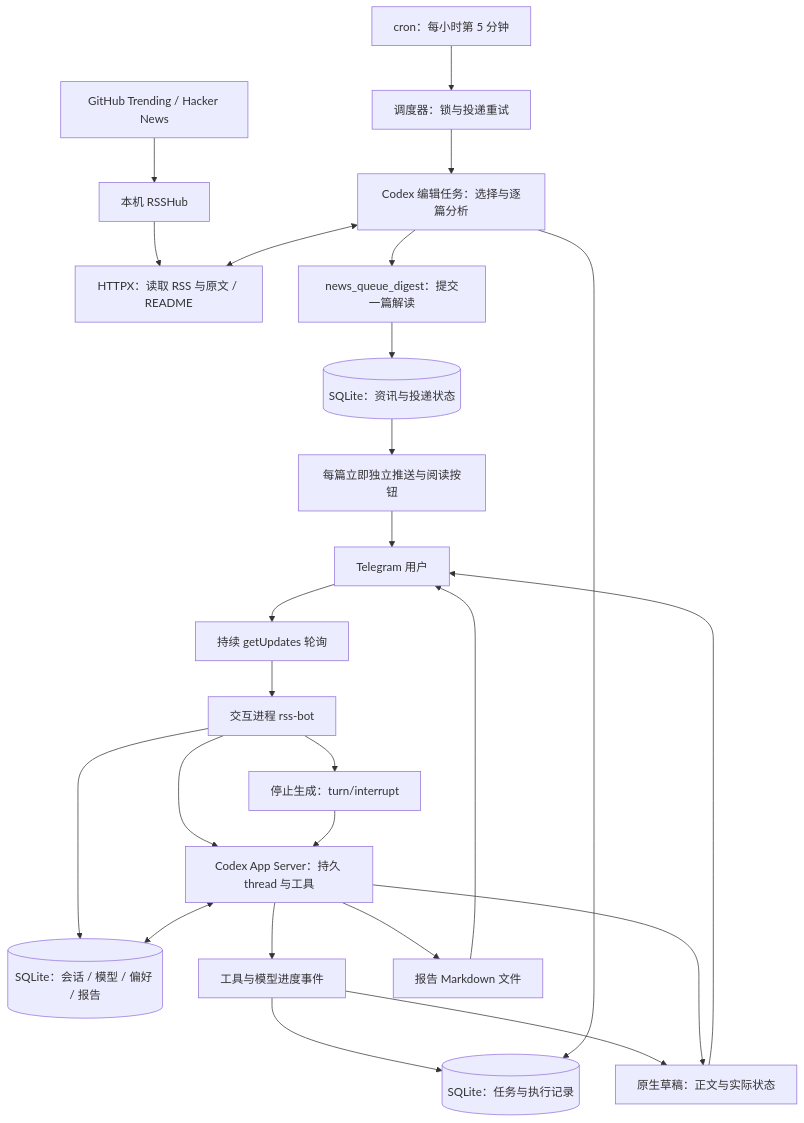
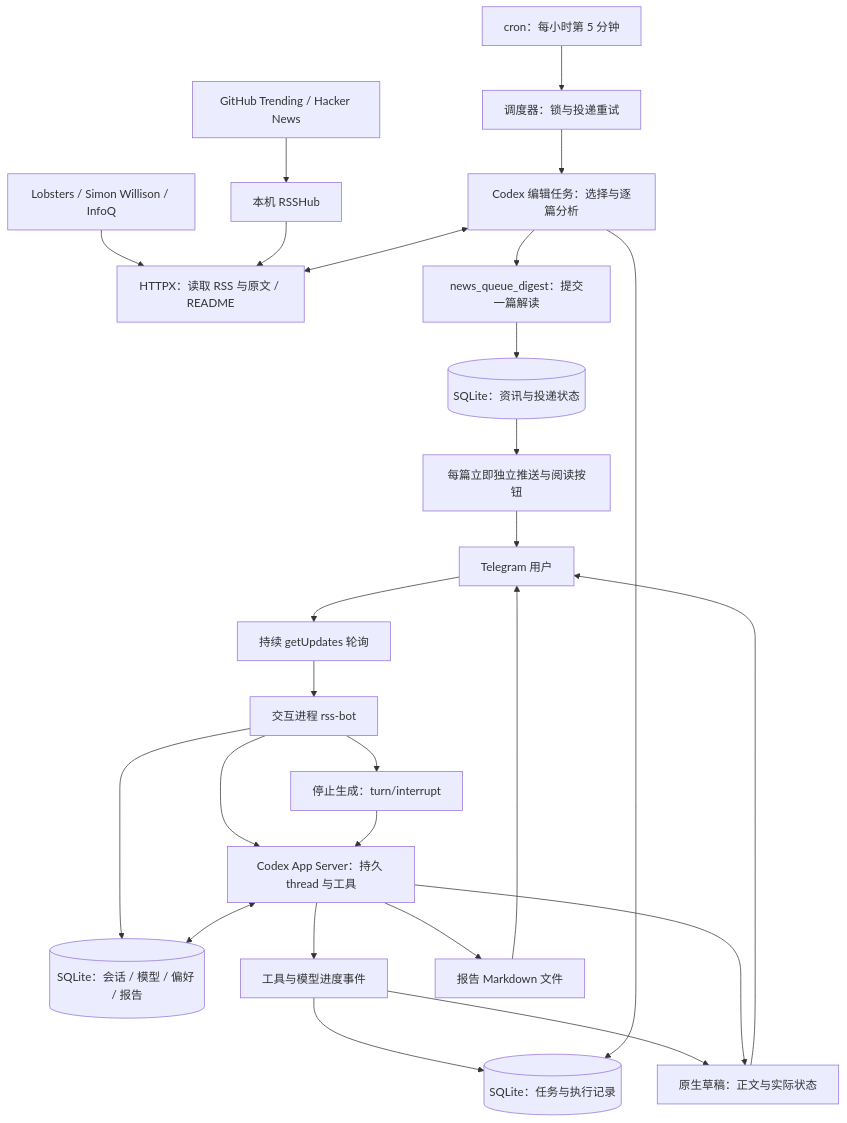
Before and after one commit to yitom486/rss-pipeline: the diagram in README.md, drawn with Mermaid. The commit also changed other lines of this file and 9 other files, not shown here.

Commit message:
feat: add Lobsters, Simon Willison and InfoQ feeds

````diff
--- a/README.md
+++ b/README.md
@@ -9,28 +9,29 @@
 ```mermaid
 flowchart TD
     Cron[cron：每小时第 5 分钟] --> Pipeline[调度器：锁与投递重试]
     Pipeline --> Editor[Codex 编辑任务：选择与逐篇分析]
     Sources[GitHub Trending / Hacker News] --> RSSHub[本机 RSSHub]
+    Direct[Lobsters / Simon Willison / InfoQ] --> Fetch
     RSSHub --> Fetch[HTTPX：读取 RSS 与原文 / README]
     Editor <--> Fetch
     Editor --> Submit[news_queue_digest：提交一篇解读]
     Submit --> Queue[(SQLite：资讯与投递状态)]
     Queue --> Delivery[每篇立即独立推送与阅读按钮]
     Delivery --> Telegram[Telegram 用户]
 
     Telegram --> Poll[持续 getUpdates 轮询]
     Poll --> Bot[交互进程 rss-bot]
     Bot --> State[(SQLite：会话 / 模型 / 偏好 / 报告)]
     Bot --> Agent[Codex App Server：持久 thread 与工具]
     Agent <--> State
     Agent --> Events[工具与模型进度事件]
     Events --> Trace[(SQLite：任务与执行记录)]
     Editor --> Trace
     Events --> Stream[原生草稿：正文与实际状态]
     Agent --> Stream
     Stream --> Telegram
     Agent --> Export[报告 Markdown 文件]
     Export --> Telegram
     Bot --> Interrupt[停止生成：turn/interrupt]
     Interrupt --> Agent
 ```
````
